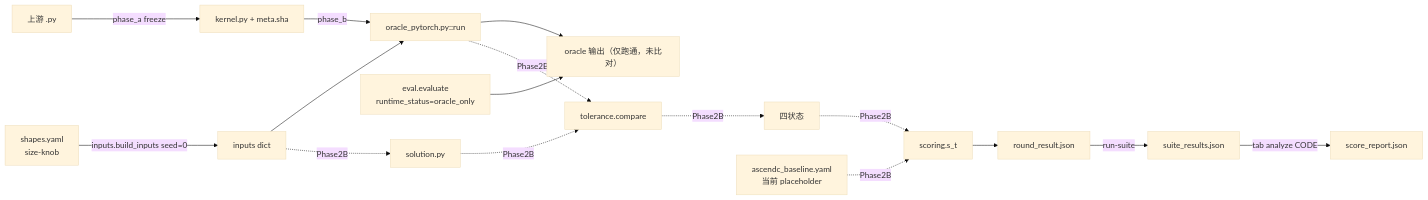
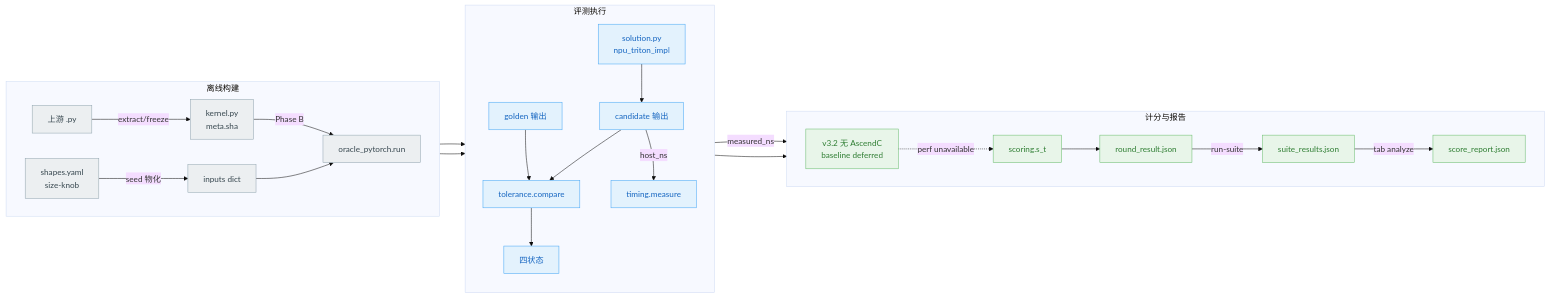
The fifth of 11 diagrams in docs/DESIGN.md (Gxj230958/TritonAscendBench), drawn with Mermaid (base theme) before and after one commit. The commit also changed other lines of this file and 243 other files, not shown here.

First line of the commit message:
Remove AscendC, honest perf reporting, replace 3 errata tasks

````diff
--- a/docs/DESIGN.md
+++ b/docs/DESIGN.md
@@ -287,15 +332,35 @@
 ```mermaid
 flowchart LR
-    RAW["上游 .py"] -->|phase_a freeze| KP["kernel.py + meta.sha"]
-    KP -->|phase_b| OR["oracle_pytorch.py::run"]
-    SH["shapes.yaml<br/>size-knob"] -->|inputs.build_inputs seed=0| IN["inputs dict"]
-    IN --> OR --> OO["oracle 输出（仅跑通，未比对）"]
-    EV["eval.evaluate<br/>runtime_status=oracle_only"] --> OO
-    IN -. Phase2B .-> SOL["solution.py"]
-    SOL -. Phase2B .-> CMP["tolerance.compare"]
-    OR -. Phase2B .-> CMP
-    CMP -. Phase2B .-> ST["四状态"]
-    AB["ascendc_baseline.yaml<br/>当前 placeholder"] -. Phase2B .-> SCO["scoring.s_t"]
-    ST -. Phase2B .-> SCO
-    SCO --> RR["round_result.json"] -->|run-suite| SUI["suite_results.json"] -->|tab analyze CODE| REP["score_report.json"]
+    subgraph BUILD["离线构建"]
+        direction LR
+        RAW["上游 .py"] -->|"extract/freeze"| KP["kernel.py<br/>meta.sha"]
+        KP -->|"Phase B"| OR["oracle_pytorch.run"]
+        SH["shapes.yaml<br/>size-knob"] -->|"seed 物化"| IN["inputs dict"]
+    end
+    subgraph EXEC["评测执行"]
+        direction TB
+        IN --> OR
+        IN --> SOL["solution.py<br/>npu_triton_impl"]
+        OR --> GOLD["golden 输出"]
+        SOL --> OUT["candidate 输出"]
+        GOLD --> CMP["tolerance.compare"]
+        OUT --> CMP
+        CMP --> ST["四状态"]
+        OUT -->|"host_ns"| TMR["timing.measure"]
+    end
+    subgraph SCORE["计分与报告"]
+        direction LR
+        AB["v3.2 无 AscendC<br/>baseline deferred"] -.->|"perf unavailable"| SCO["scoring.s_t"]
+        TMR -->|"measured_ns"| SCO
+        ST --> SCO
+        SCO --> RR["round_result.json"]
+        RR -->|"run-suite"| SUI["suite_results.json"]
+        SUI -->|"tab analyze"| REP["score_report.json"]
+    end
+    classDef build fill:#ECEFF1,stroke:#90A4AE,color:#37474F;
+    classDef eval fill:#E3F2FD,stroke:#42A5F5,color:#1565C0;
+    classDef score fill:#E8F5E9,stroke:#66BB6A,color:#2E7D32;
+    class RAW,KP,OR,SH,IN build;
+    class SOL,GOLD,OUT,CMP,ST,TMR eval;
+    class AB,SCO,RR,SUI,REP score;
 ```
````
